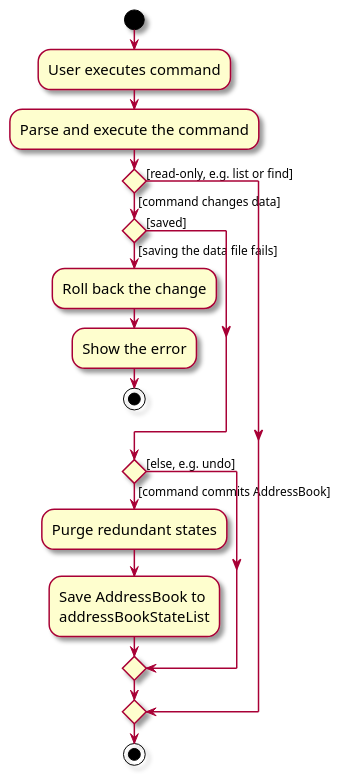
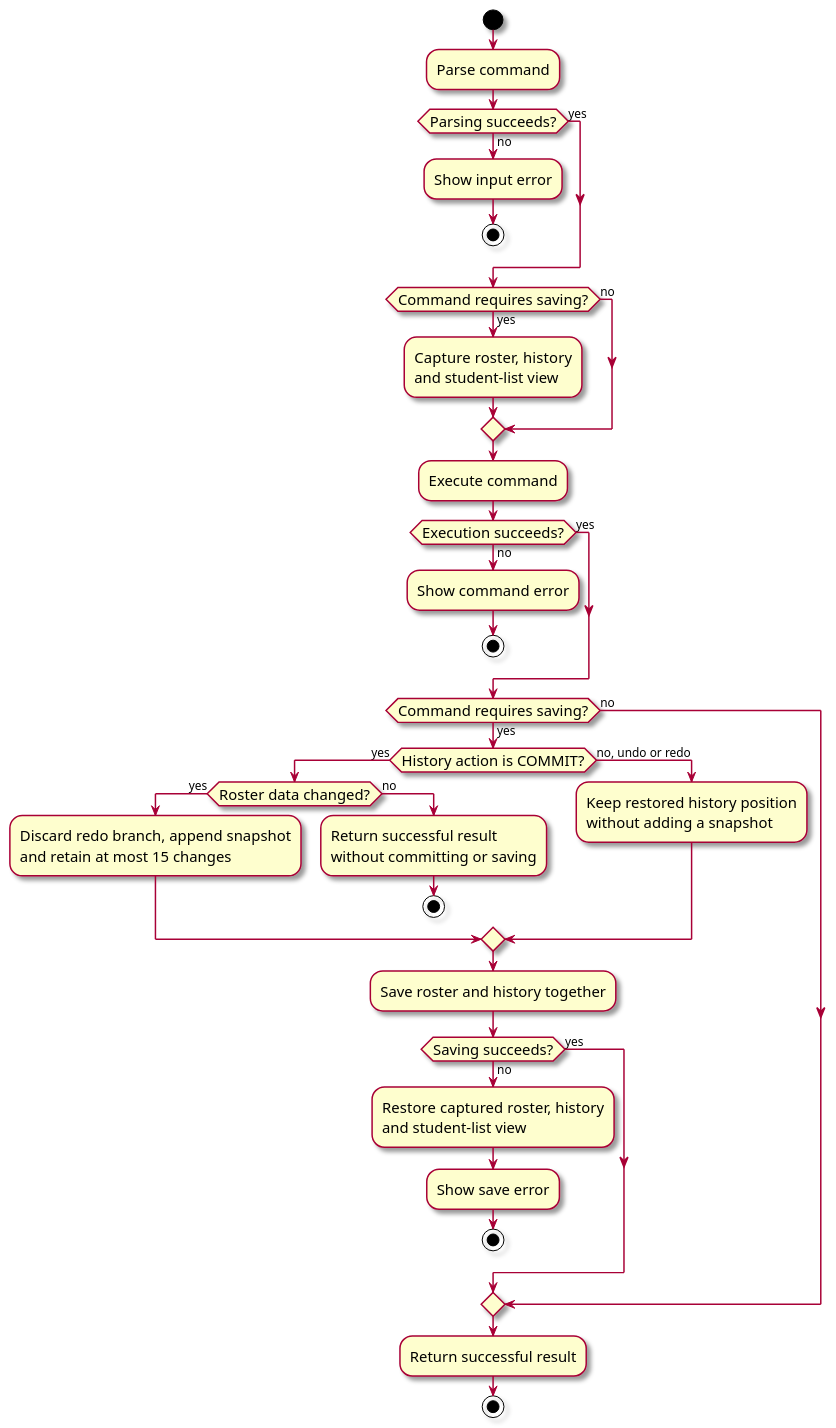
One commit to AY2627S1-CS2103T-F12-4/tp changed the diagram in docs/diagrams/CommitActivityDiagram.puml. Above: the diagram before and after it, drawn with PlantUML. The commit also changed 18 other files, not shown here.

Commit message:
Align v1.5 guides, diagrams and screenshots with Roster

```diff
--- a/docs/diagrams/CommitActivityDiagram.puml
+++ b/docs/diagrams/CommitActivityDiagram.puml
@@ -1,28 +1,49 @@
 @startuml
 skin rose
 skinparam ActivityFontSize 15
 skinparam ArrowFontSize 12
 start
-:User executes command;
-:Parse and execute the command;
-
-'Since the beta syntax does not support placing the condition outside the
-'diamond we place it as the true branch instead.
-
-if () then ([command changes data])
-    if () then ([saving the data file fails])
-        :Roll back the change;
-        :Show the error;
+:Parse command;
+if (Parsing succeeds?) then (yes)
+else (no)
+    :Show input error;
+    stop
+endif
+if (Command requires saving?) then (yes)
+    :Capture roster, history
+and student-list view;
+else (no)
+endif
+:Execute command;
+if (Execution succeeds?) then (yes)
+else (no)
+    :Show command error;
+    stop
+endif
+if (Command requires saving?) then (yes)
+    if (History action is COMMIT?) then (yes)
+        if (Roster data changed?) then (yes)
+            :Discard redo branch, append snapshot
+and retain at most 15 changes;
+        else (no)
+            :Return successful result
+without committing or saving;
+            stop
+        endif
+    else (no, undo or redo)
+        :Keep restored history position
+without adding a snapshot;
+    endif
+    :Save roster and history together;
+    if (Saving succeeds?) then (yes)
+    else (no)
+        :Restore captured roster, history
+and student-list view;
+        :Show save error;
         stop
-    else ([saved])
     endif
-    if () then ([command commits AddressBook])
-        :Purge redundant states;
-        :Save AddressBook to
-        addressBookStateList;
-    else ([else, e.g. undo])
-    endif
-else ([read-only, e.g. list or find])
+else (no)
 endif
+:Return successful result;
 stop
 @enduml
```
